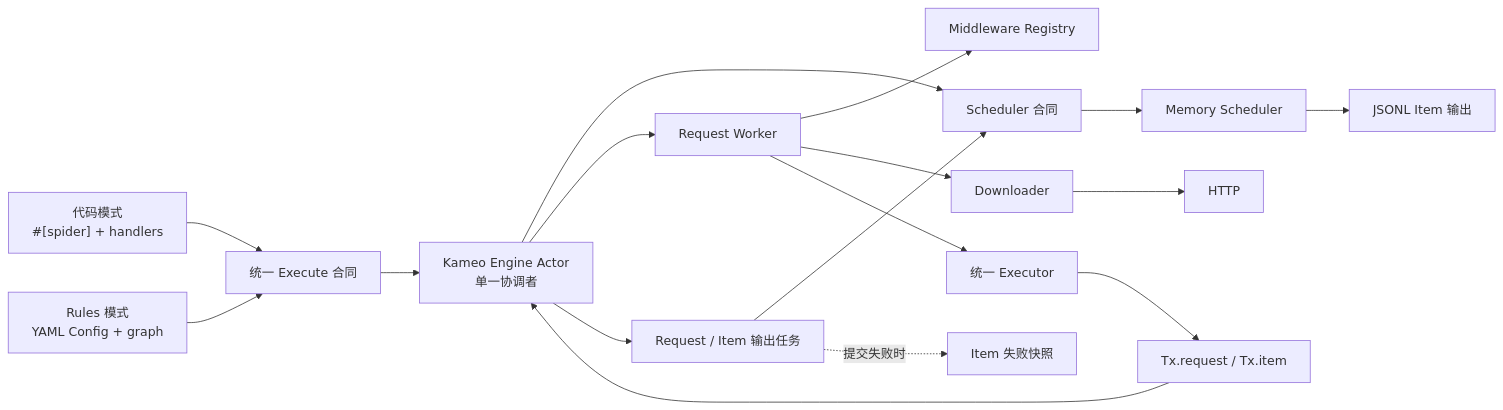
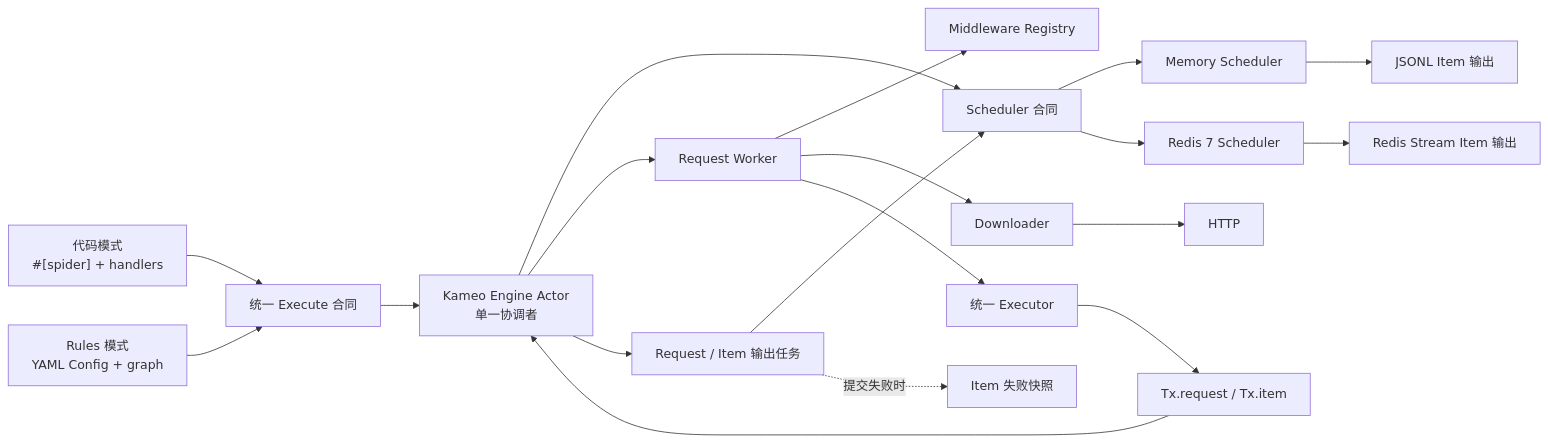
The first of 5 diagrams in docs/architecture.zh-CN.md (halo-space/crawler), drawn with Mermaid before and after one commit. The commit also changed other lines of this file and 55 other files, not shown here.

Commit message:
feat: add redis scheduler

````diff
--- a/docs/architecture.zh-CN.md
+++ b/docs/architecture.zh-CN.md
@@ -53,35 +54,39 @@
 ```mermaid
 flowchart LR
     C["代码模式<br/>#[spider] + handlers"]
     R["Rules 模式<br/>YAML Config + graph"]
     X["统一 Execute 合同"]
     T["Tx.request / Tx.item"]
     A["Kameo Engine Actor<br/>单一协调者"]
     S["Scheduler 合同"]
     M["Memory Scheduler"]
+    Z["Redis 7 Scheduler"]
     W["Request Worker"]
     MW["Middleware Registry"]
     D["Downloader"]
     H["HTTP"]
     E["统一 Executor"]
     O["Request / Item 输出任务"]
     P["JSONL Item 输出"]
+    I["Redis Stream Item 输出"]
     F["Item 失败快照"]
 
     C --> X
     R --> X
     X --> A
     A --> S
     S --> M
+    S --> Z
     A --> W
     W --> MW
     W --> D
     D --> H
     W --> E
     E --> T
     T --> A
     A --> O
     O --> S
     M --> P
+    Z --> I
     O -. 提交失败时 .-> F
 ```
````
